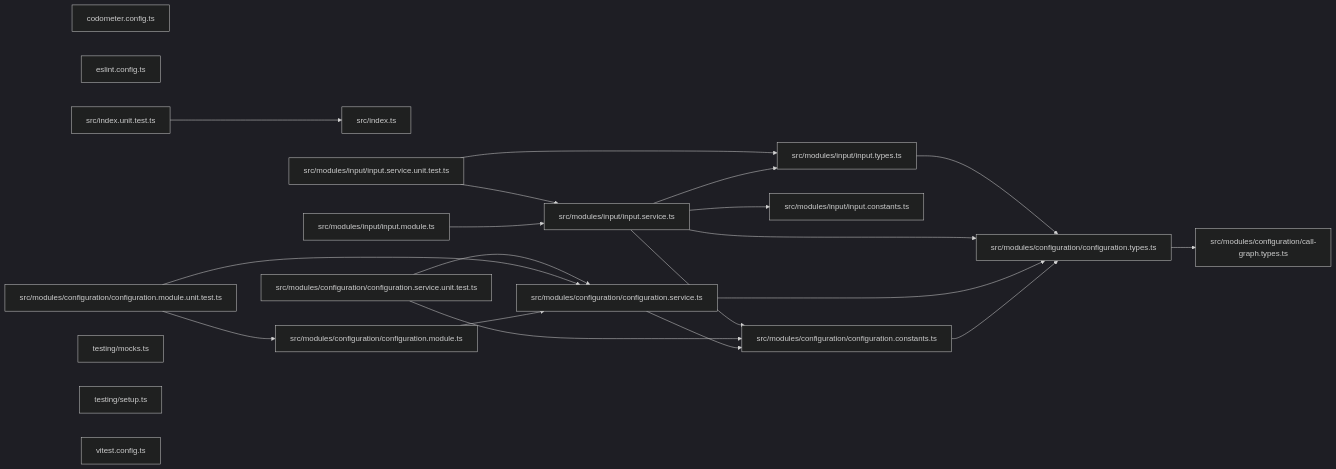
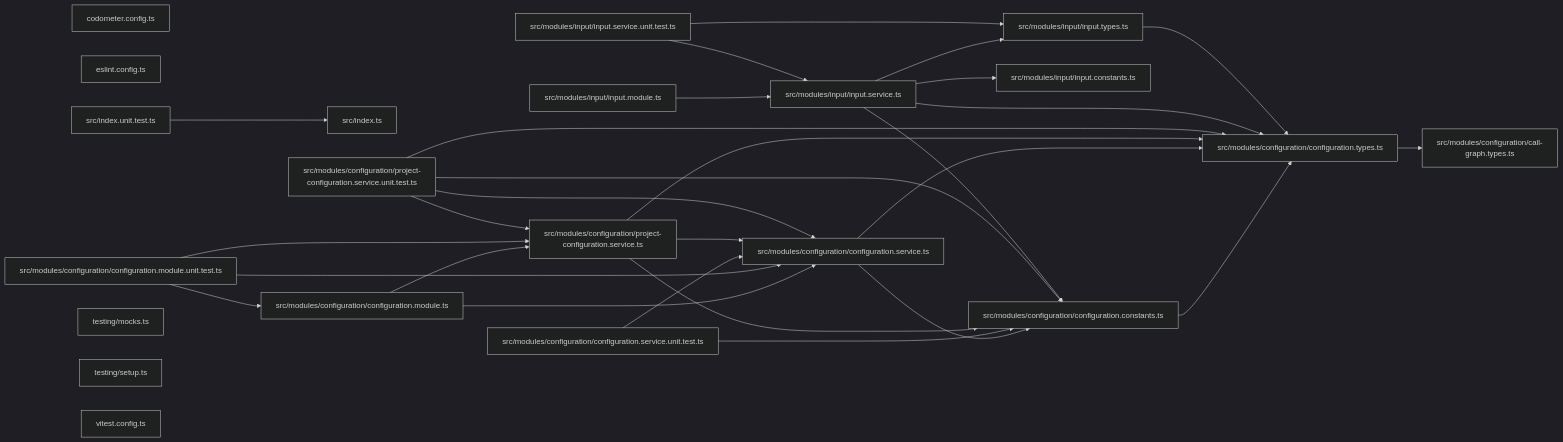
One commit to JimmyPaolini/codebase changed the third of 3 diagrams in packages/callidescope-configuration/README.md. Above: the diagram before and after it, drawn with Mermaid (dark theme). The commit also changed other lines of this file and 17 other files, not shown here.

````diff
--- a/packages/callidescope-configuration/README.md
+++ b/packages/callidescope-configuration/README.md
@@ -532,40 +555,51 @@
 ```mermaid
 graph LR
   file_codometer_config_ts["codometer.config.ts"]
   file_eslint_config_ts["eslint.config.ts"]
   file_src_index_ts["src/index.ts"]
   file_src_index_unit_test_ts["src/index.unit.test.ts"]
   file_src_modules_configuration_call_graph_types_ts["src/modules/configuration/call-graph.types.ts"]
   file_src_modules_configuration_configuration_constants_ts["src/modules/configuration/configuration.constants.ts"]
   file_src_modules_configuration_configuration_module_ts["src/modules/configuration/configuration.module.ts"]
   file_src_modules_configuration_configuration_module_unit_test_ts["src/modules/configuration/configuration.module.unit.test.ts"]
   file_src_modules_configuration_configuration_service_ts["src/modules/configuration/configuration.service.ts"]
   file_src_modules_configuration_configuration_service_unit_test_ts["src/modules/configuration/configuration.service.unit.test.ts"]
   file_src_modules_configuration_configuration_types_ts["src/modules/configuration/configuration.types.ts"]
+  file_src_modules_configuration_project_configuration_service_ts["src/modules/configuration/project-configuration.service.ts"]
+  file_src_modules_configuration_project_configuration_service_unit_test_ts["src/modules/configuration/project-configuration.service.unit.test.ts"]
   file_src_modules_input_input_constants_ts["src/modules/input/input.constants.ts"]
   file_src_modules_input_input_module_ts["src/modules/input/input.module.ts"]
   file_src_modules_input_input_service_ts["src/modules/input/input.service.ts"]
   file_src_modules_input_input_service_unit_test_ts["src/modules/input/input.service.unit.test.ts"]
   file_src_modules_input_input_types_ts["src/modules/input/input.types.ts"]
   file_testing_mocks_ts["testing/mocks.ts"]
   file_testing_setup_ts["testing/setup.ts"]
   file_vitest_config_ts["vitest.config.ts"]
   file_src_index_unit_test_ts --> file_src_index_ts
   file_src_modules_configuration_configuration_constants_ts --> file_src_modules_configuration_configuration_types_ts
   file_src_modules_configuration_configuration_module_ts --> file_src_modules_configuration_configuration_service_ts
+  file_src_modules_configuration_configuration_module_ts --> file_src_modules_configuration_project_configuration_service_ts
   file_src_modules_configuration_configuration_module_unit_test_ts --> file_src_modules_configuration_configuration_module_ts
   file_src_modules_configuration_configuration_module_unit_test_ts --> file_src_modules_configuration_configuration_service_ts
+  file_src_modules_configuration_configuration_module_unit_test_ts --> file_src_modules_configuration_project_configuration_service_ts
   file_src_modules_configuration_configuration_service_ts --> file_src_modules_configuration_configuration_constants_ts
   file_src_modules_configuration_configuration_service_ts --> file_src_modules_configuration_configuration_types_ts
   file_src_modules_configuration_configuration_service_unit_test_ts --> file_src_modules_configuration_configuration_constants_ts
   file_src_modules_configuration_configuration_service_unit_test_ts --> file_src_modules_configuration_configuration_service_ts
   file_src_modules_configuration_configuration_types_ts --> file_src_modules_configuration_call_graph_types_ts
+  file_src_modules_configuration_project_configuration_service_ts --> file_src_modules_configuration_configuration_constants_ts
+  file_src_modules_configuration_project_configuration_service_ts --> file_src_modules_configuration_configuration_service_ts
+  file_src_modules_configuration_project_configuration_service_ts --> file_src_modules_configuration_configuration_types_ts
+  file_src_modules_configuration_project_configuration_service_unit_test_ts --> file_src_modules_configuration_configuration_constants_ts
+  file_src_modules_configuration_project_configuration_service_unit_test_ts --> file_src_modules_configuration_configuration_service_ts
+  file_src_modules_configuration_project_configuration_service_unit_test_ts --> file_src_modules_configuration_configuration_types_ts
+  file_src_modules_configuration_project_configuration_service_unit_test_ts --> file_src_modules_configuration_project_configuration_service_ts
   file_src_modules_input_input_module_ts --> file_src_modules_input_input_service_ts
   file_src_modules_input_input_service_ts --> file_src_modules_configuration_configuration_constants_ts
   file_src_modules_input_input_service_ts --> file_src_modules_configuration_configuration_types_ts
   file_src_modules_input_input_service_ts --> file_src_modules_input_input_constants_ts
   file_src_modules_input_input_service_ts --> file_src_modules_input_input_types_ts
   file_src_modules_input_input_service_unit_test_ts --> file_src_modules_input_input_service_ts
   file_src_modules_input_input_service_unit_test_ts --> file_src_modules_input_input_types_ts
   file_src_modules_input_input_types_ts --> file_src_modules_configuration_configuration_types_ts
 ```
````
